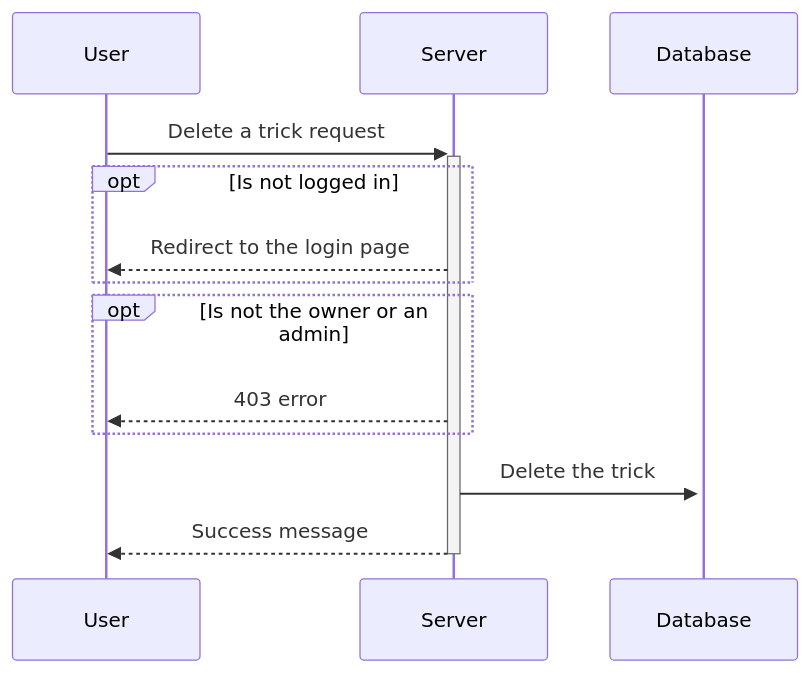
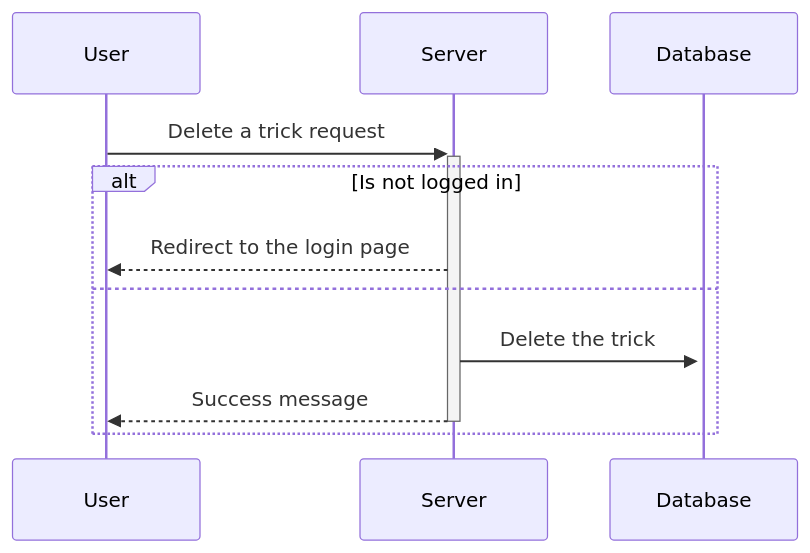
One commit to acecconato/AnthonyCecconato_6_01102022 changed the diagram in docs/sequence/snowtricks/delete_trick.md. Above: the diagram before and after it, drawn with Mermaid. The commit also changed 15 other files, not shown here.

Commit message:
Update diagrams

````diff
--- a/docs/sequence/snowtricks/delete_trick.md
+++ b/docs/sequence/snowtricks/delete_trick.md
@@ -1,15 +1,11 @@
 ```mermaid 
 sequenceDiagram
-    User ->>+Server: Delete a trick request
+    User ->>+ Server: Delete a trick request
     
-    opt Is not logged in 
+    alt Is not logged in 
         Server -->> User: Redirect to the login page
+    else
+        Server ->>+ Database: Delete the trick
+        Server -->>- User: Success message
     end
-    
-    opt Is not the owner or an admin
-        Server -->> User: 403 error
-    end
-    
-    Server ->>+ Database: Delete the trick
-    Server -->>- User: Success message
 ```
````
